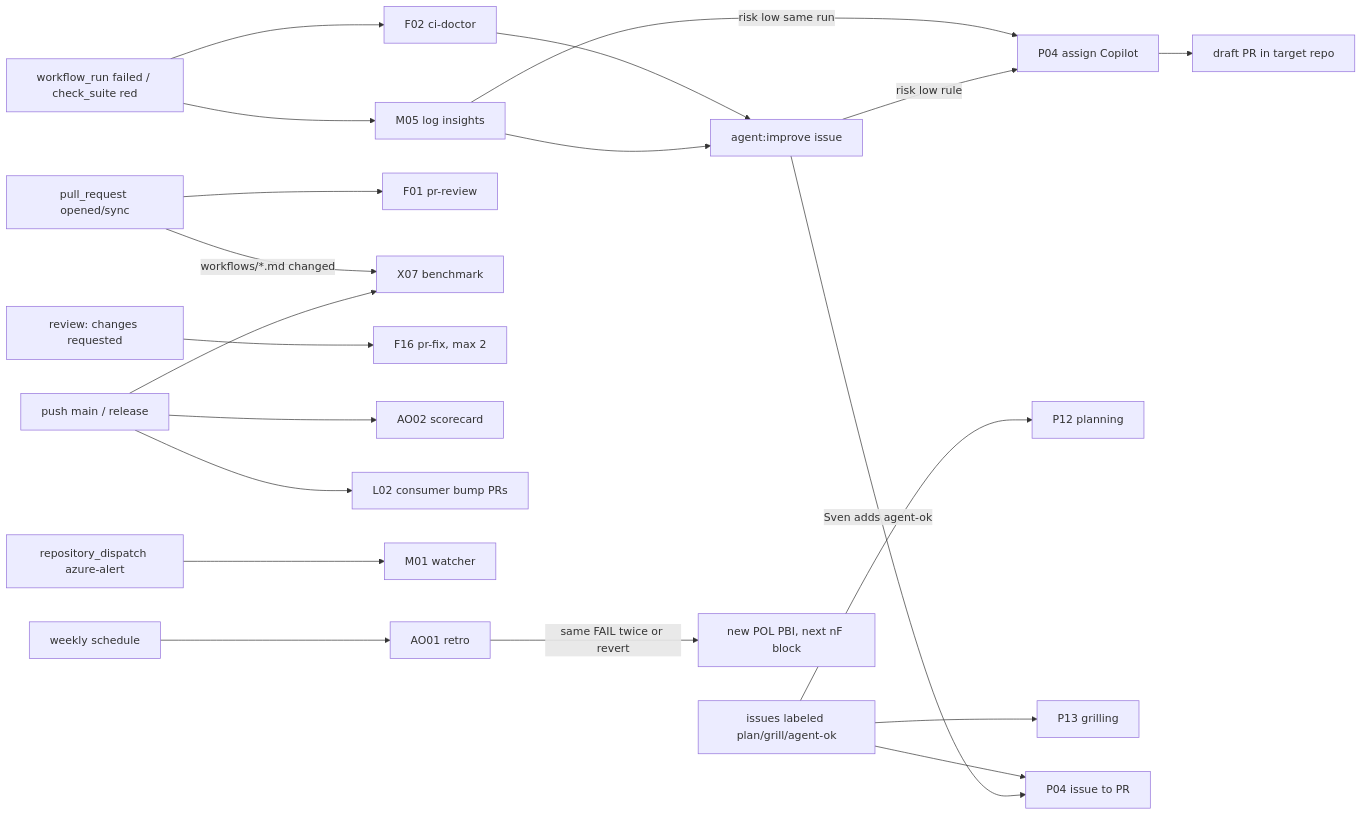
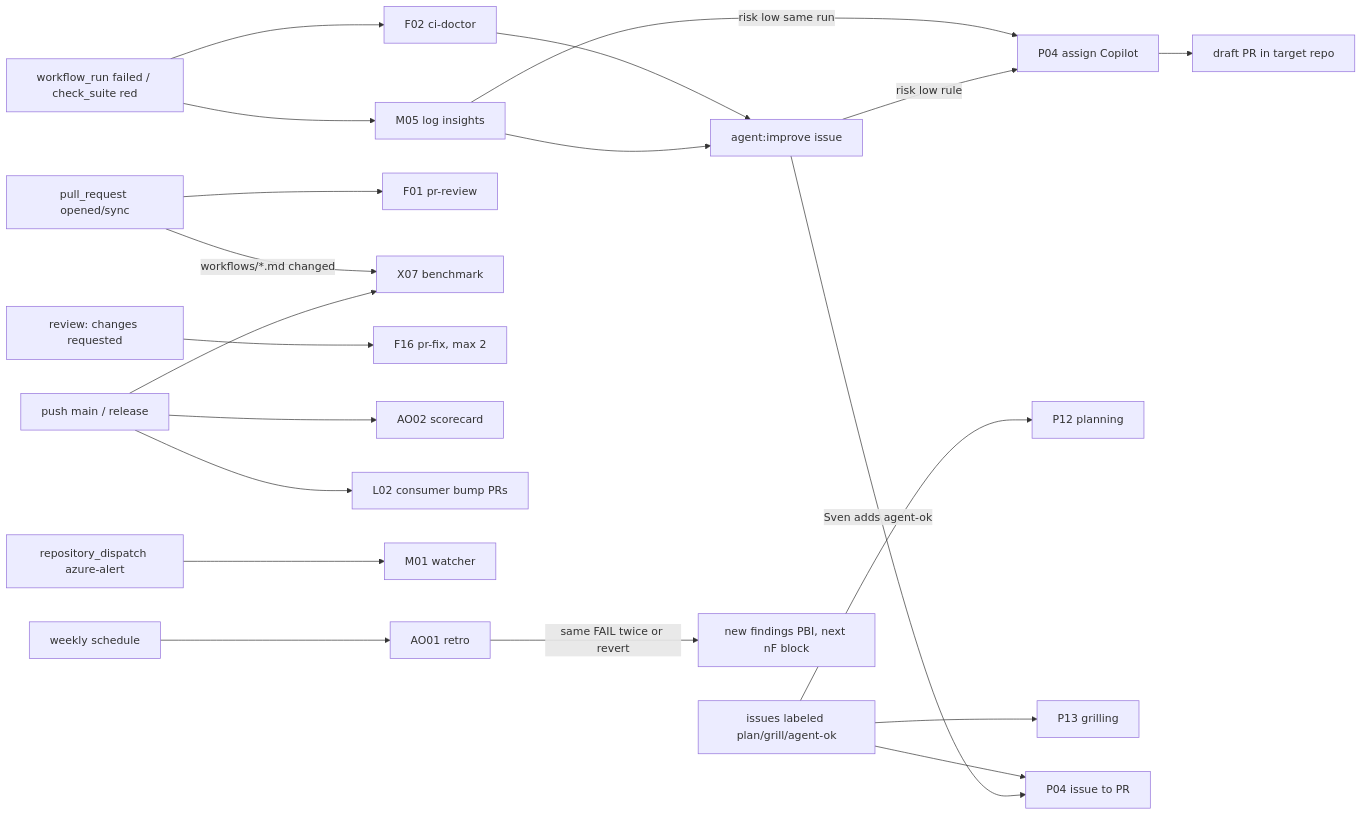
One commit to svennijhuis/agentic-workflows changed the first of 4 diagrams in docs/pbi/loops/LP02-event-map.md. Above: the diagram before and after it, drawn with Mermaid. The commit also changed other lines of this file and 986 other files, not shown here.

````diff
--- a/docs/pbi/loops/LP02-event-map.md
+++ b/docs/pbi/loops/LP02-event-map.md
@@ -36,15 +36,15 @@
 ```mermaid
 flowchart LR
   WR[workflow_run failed / check_suite red] --> F02[F02 ci-doctor] & M05[M05 log insights] --> IMP[agent:improve issue]
   M05 -->|risk low same run| P04H["P04 assign Copilot"]
   P04H --> PRH[draft PR in target repo]
   LB[issues labeled plan/grill/agent-ok] --> P12[P12 planning] & P13[P13 grilling] & P04[P04 issue to PR]
   PR[pull_request opened/sync] --> F01[F01 pr-review]
   PR -->|workflows/*.md changed| X07[X07 benchmark]
   RVF[review: changes requested] --> F16[F16 pr-fix, max 2]
   PM[push main / release] --> X07 & AO02[AO02 scorecard] & L02[L02 consumer bump PRs]
   RD[repository_dispatch azure-alert] --> M01[M01 watcher]
-  WK[weekly schedule] --> AO01[AO01 retro] -->|same FAIL twice or revert| POL[new POL PBI, next nF block]
+  WK[weekly schedule] --> AO01[AO01 retro] -->|same FAIL twice or revert| FPB[new findings PBI, next nF block]
   IMP -->|Sven adds agent-ok| P04
   IMP -->|risk low rule| P04H
 ```
````
